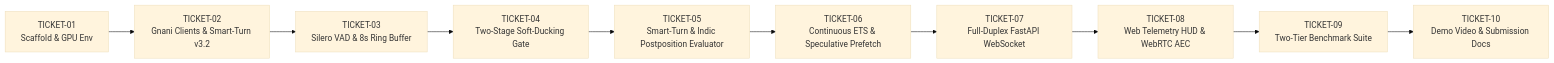
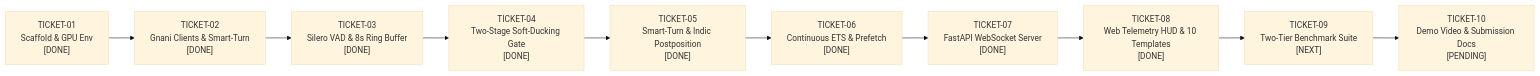
The diagram in docs/5_FEATURE_TICKETS.md (iSHAANphaye/Gnani-Vartalaap), drawn with Mermaid (base theme) before and after one commit. The commit also changed other lines of this file and 17 other files, not shown here.

````diff
--- a/docs/5_FEATURE_TICKETS.md
+++ b/docs/5_FEATURE_TICKETS.md
@@ -9,12 +26,12 @@
 ```mermaid
 flowchart LR
-    T01["TICKET-01\nScaffold & GPU Env"] --> T02["TICKET-02\nGnani Clients & Smart-Turn v3.2"]
-    T02 --> T03["TICKET-03\nSilero VAD & 8s Ring Buffer"]
-    T03 --> T04["TICKET-04\nTwo-Stage Soft-Ducking Gate"]
-    T04 --> T05["TICKET-05\nSmart-Turn & Indic Postposition Evaluator"]
-    T05 --> T06["TICKET-06\nContinuous ETS & Speculative Prefetch"]
-    T06 --> T07["TICKET-07\nFull-Duplex FastAPI WebSocket"]
-    T07 --> T08["TICKET-08\nWeb Telemetry HUD & WebRTC AEC"]
-    T08 --> T09["TICKET-09\nTwo-Tier Benchmark Suite"]
-    T09 --> T10["TICKET-10\nDemo Video & Submission Docs"]
+    T01["TICKET-01\nScaffold & GPU Env\n[DONE]"] --> T02["TICKET-02\nGnani Clients & Smart-Turn\n[DONE]"]
+    T02 --> T03["TICKET-03\nSilero VAD & 8s Ring Buffer\n[DONE]"]
+    T03 --> T04["TICKET-04\nTwo-Stage Soft-Ducking Gate\n[DONE]"]
+    T04 --> T05["TICKET-05\nSmart-Turn & Indic Postposition\n[DONE]"]
+    T05 --> T06["TICKET-06\nContinuous ETS & Prefetch\n[DONE]"]
+    T06 --> T07["TICKET-07\nFastAPI WebSocket Server\n[DONE]"]
+    T07 --> T08["TICKET-08\nWeb Telemetry HUD & 10 Templates\n[DONE]"]
+    T08 --> T09["TICKET-09\nTwo-Tier Benchmark Suite\n[NEXT]"]
+    T09 --> T10["TICKET-10\nDemo Video & Submission Docs\n[PENDING]"]
 ```
````
